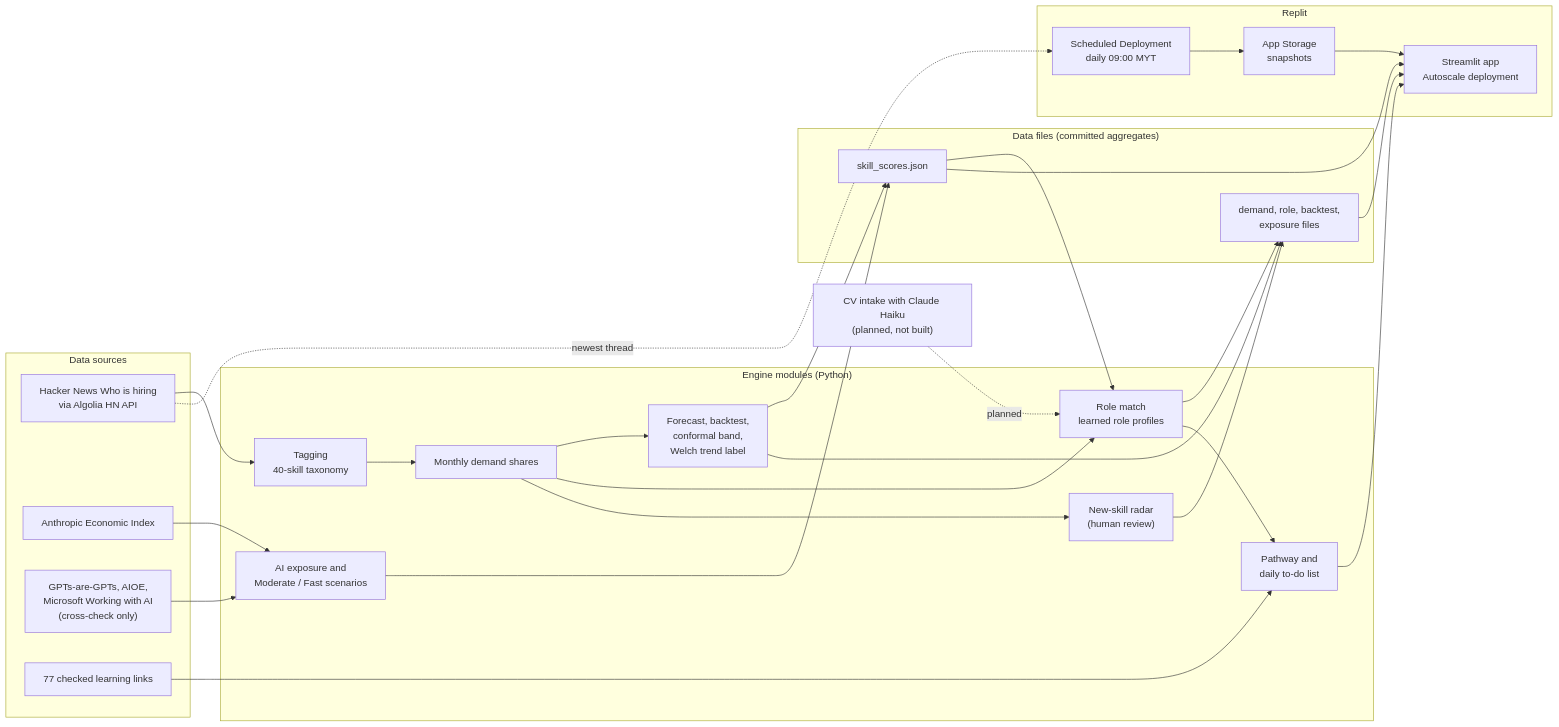
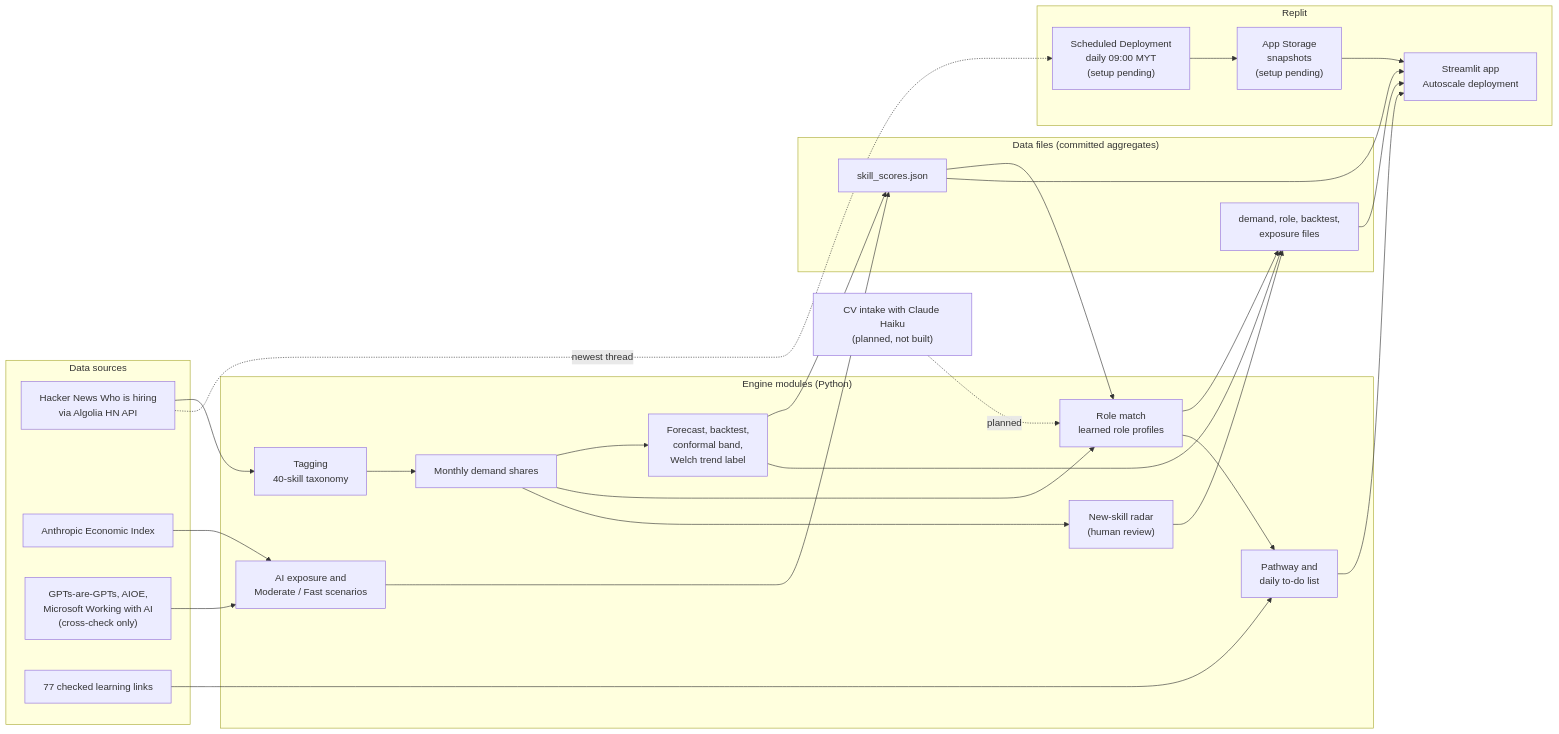
Before and after one commit to TayEeZhan/varity: the diagram in docs/submission/preliminary-proposal.md, drawn with Mermaid. The commit also changed other lines of this file and 9 other files, not shown here.

````diff
--- a/docs/submission/preliminary-proposal.md
+++ b/docs/submission/preliminary-proposal.md
@@ -73,42 +71,42 @@
 ```mermaid
 flowchart LR
   subgraph SRC["Data sources"]
     HN["Hacker News Who is hiring<br/>via Algolia HN API"]
     AEI["Anthropic Economic Index"]
     XCHK["GPTs-are-GPTs, AIOE,<br/>Microsoft Working with AI<br/>(cross-check only)"]
     RES["77 checked learning links"]
   end
   subgraph ENG["Engine modules (Python)"]
     TAG["Tagging<br/>40-skill taxonomy"]
     DEM["Monthly demand shares"]
     FC["Forecast, backtest,<br/>conformal band,<br/>Welch trend label"]
     EXP["AI exposure and<br/>Moderate / Fast scenarios"]
     ROLE["Role match<br/>learned role profiles"]
     PATH["Pathway and<br/>daily to-do list"]
     DISC["New-skill radar<br/>(human review)"]
   end
   subgraph FILES["Data files (committed aggregates)"]
     SCORES["skill_scores.json"]
     OTHER["demand, role, backtest,<br/>exposure files"]
   end
   subgraph REPLIT["Replit"]
     APP["Streamlit app<br/>Autoscale deployment"]
-    STORE["App Storage<br/>snapshots"]
-    JOB["Scheduled Deployment<br/>daily 09:00 MYT"]
+    STORE["App Storage<br/>snapshots<br/>(setup pending)"]
+    JOB["Scheduled Deployment<br/>daily 09:00 MYT<br/>(setup pending)"]
   end
   HN --> TAG --> DEM --> FC --> SCORES
   AEI --> EXP --> SCORES
   XCHK --> EXP
   DEM --> ROLE --> OTHER
   FC --> OTHER
   DEM --> DISC --> OTHER
   RES --> PATH
   SCORES --> ROLE --> PATH
   SCORES --> APP
   OTHER --> APP
   PATH --> APP
   JOB --> STORE
   HN -. "newest thread" .-> JOB
   STORE --> APP
   CV["CV intake with Claude Haiku<br/>(planned, not built)"] -. planned .-> ROLE
 ```
````
